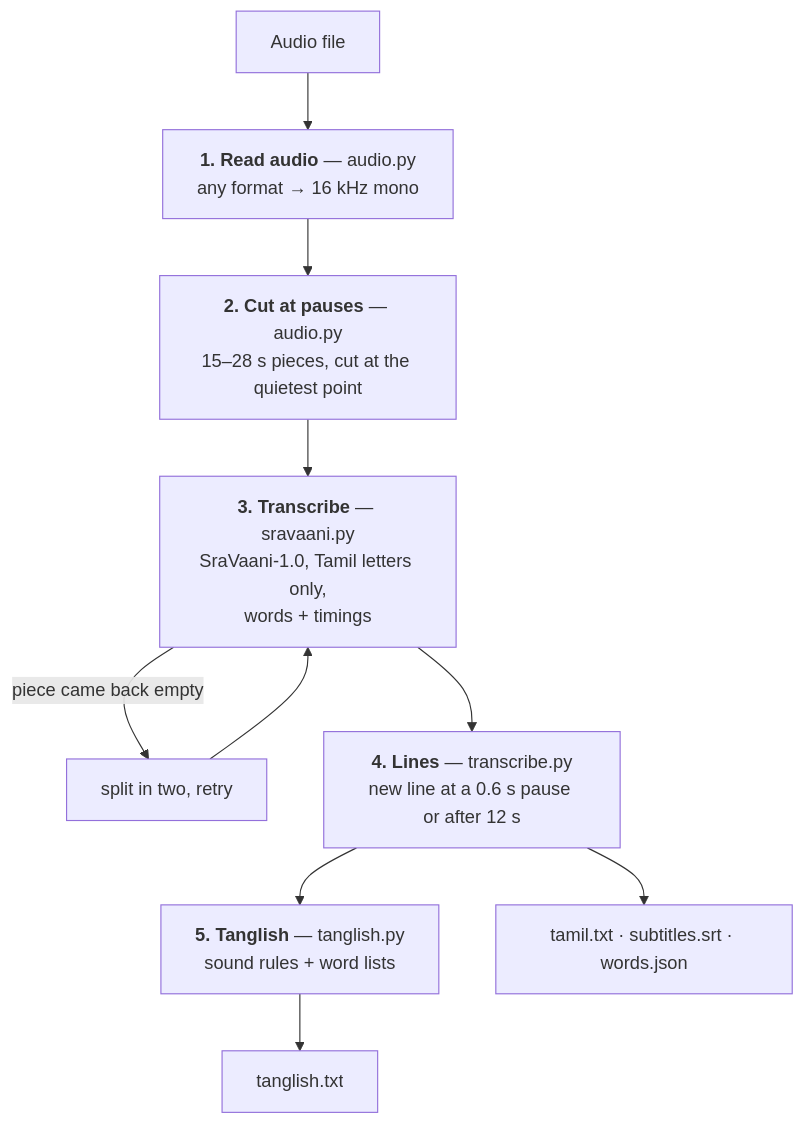
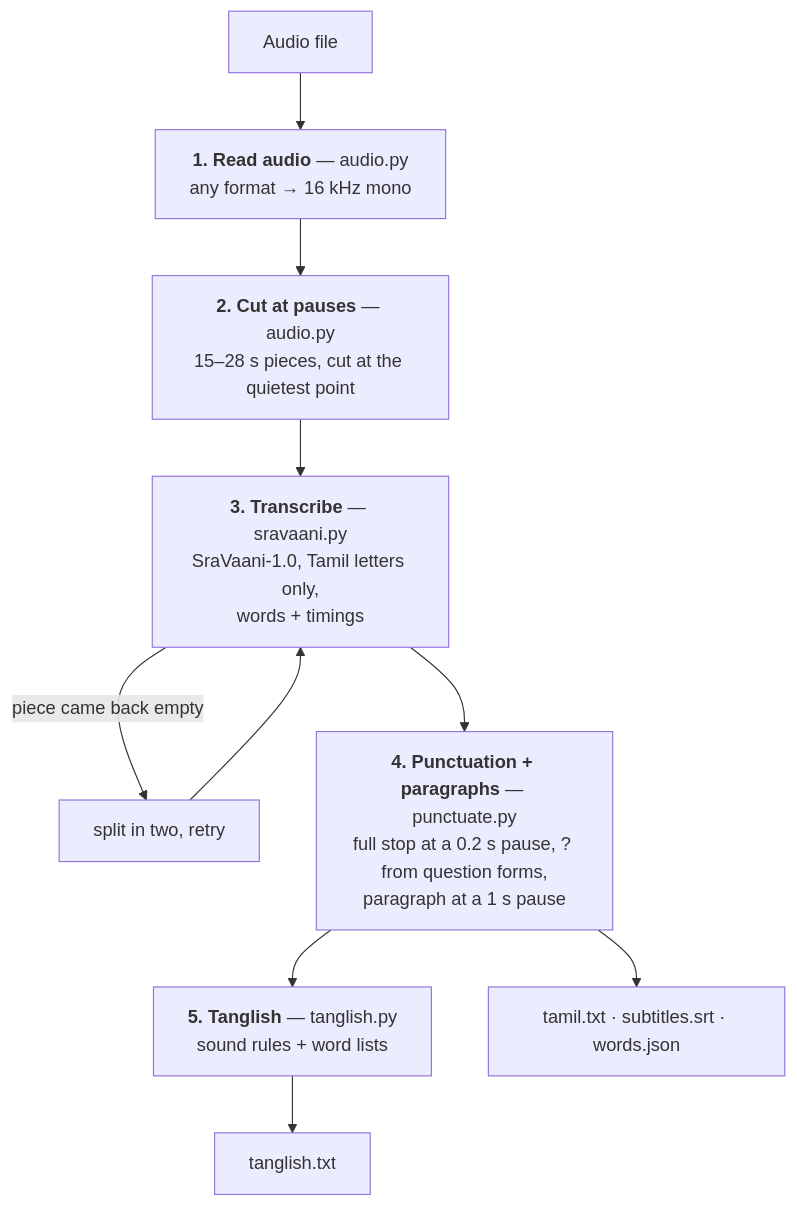
One commit to namitha393/tamil-transcribe changed the diagram in pipeline/README.md. Above: the diagram before and after it, drawn with Mermaid. The commit also changed other lines of this file and 22 other files, not shown here.

First line of the commit message:
Add punctuation and paragraphs to the pipeline

````diff
--- a/pipeline/README.md
+++ b/pipeline/README.md
@@ -3,12 +3,12 @@
 ```mermaid
 flowchart TD
     A[Audio file] --> B["<b>1. Read audio</b> — audio.py<br/>any format → 16 kHz mono"]
     B --> C["<b>2. Cut at pauses</b> — audio.py<br/>15–28 s pieces, cut at the quietest point"]
     C --> D["<b>3. Transcribe</b> — sravaani.py<br/>SraVaani-1.0, Tamil letters only,<br/>words + timings"]
     D -->|piece came back empty| R[split in two, retry]
     R --> D
-    D --> E["<b>4. Lines</b> — transcribe.py<br/>new line at a 0.6 s pause or after 12 s"]
+    D --> E["<b>4. Punctuation + paragraphs</b> — punctuate.py<br/>full stop at a 0.2 s pause, ? from question forms,<br/>paragraph at a 1 s pause"]
     E --> F["<b>5. Tanglish</b> — tanglish.py<br/>sound rules + word lists"]
     E --> O1[tamil.txt · subtitles.srt · words.json]
     F --> O2[tanglish.txt]
 ```
````
